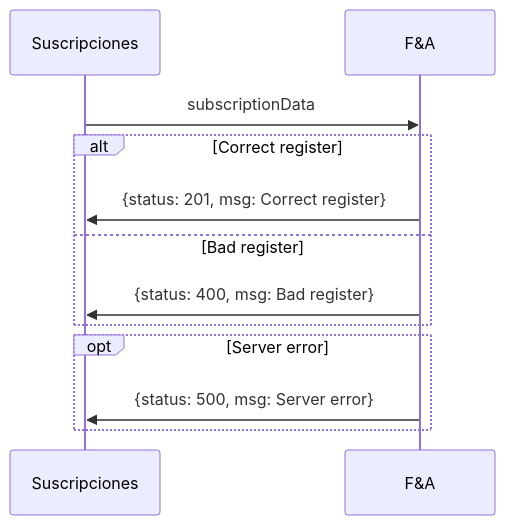
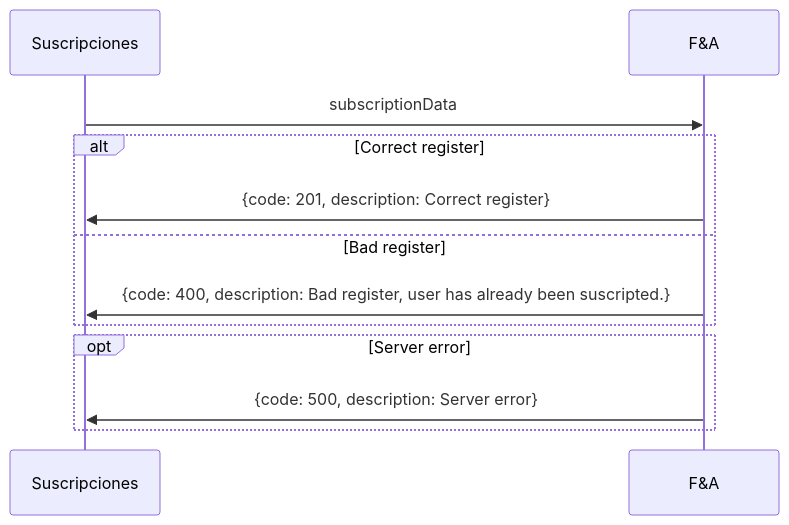
One commit to LaggerP/facturacion-documentation changed the second of 3 diagrams in integracion/suscripciones.md. Above: the diagram before and after it, drawn with Mermaid. The commit also changed other lines of this file and 8 other files, not shown here.

````diff
--- a/integracion/suscripciones.md
+++ b/integracion/suscripciones.md
@@ -35,12 +37,12 @@
 ```mermaid
 sequenceDiagram
     Suscripciones->>F&A: subscriptionData
     alt Correct register
-        F&A->>Suscripciones: {status: 201, msg: Correct register}
+        F&A->>Suscripciones: {code: 201, description: Correct register}
     else Bad register
-        F&A->>Suscripciones: {status: 400, msg: Bad register}
+        F&A->>Suscripciones: {code: 400, description: Bad register, user has already been suscripted.}
     end
     opt Server error
-        F&A->>Suscripciones: {status: 500, msg: Server error}
+        F&A->>Suscripciones: {code: 500, description: Server error}
     end
 ```
````
